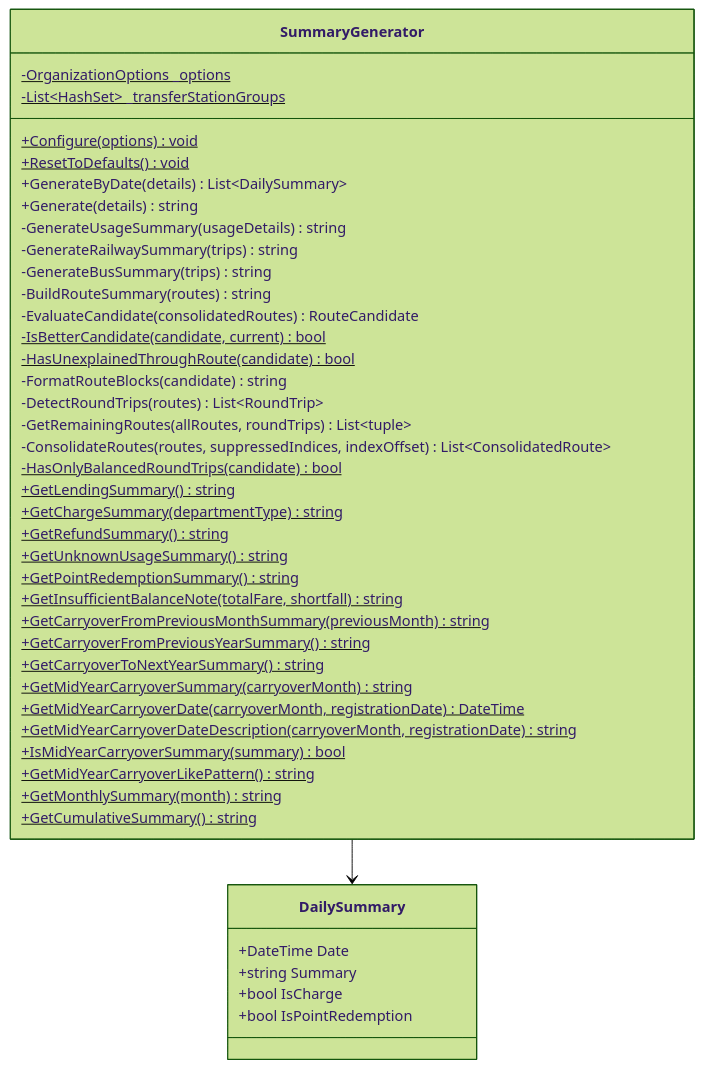
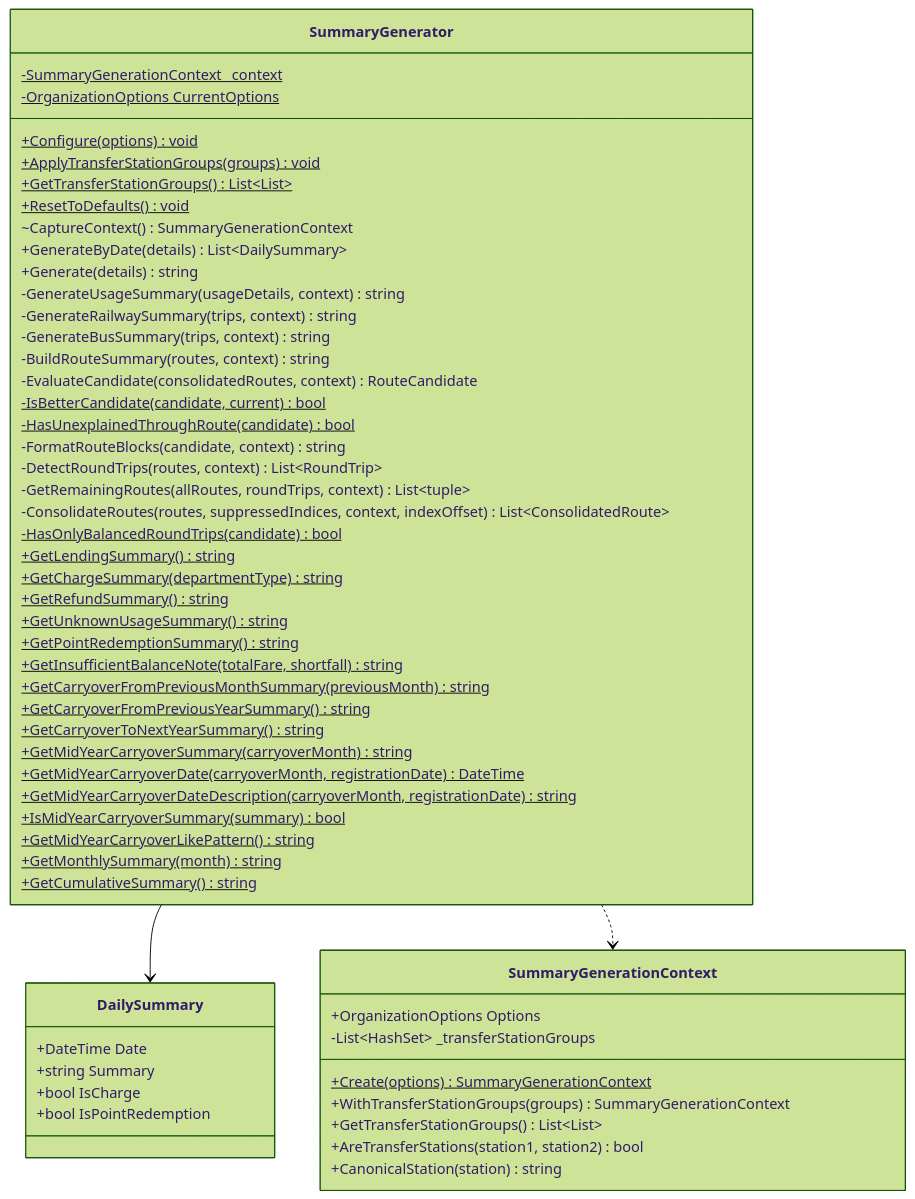
Before and after one commit to kuwayamamasayuki/ICCardManager: the sixth of 52 diagrams in ICCardManager/docs/design/05_クラス設計書.md, drawn with Mermaid (forest theme). The commit also changed other lines of this file and 10 other files, not shown here.

````diff
--- a/ICCardManager/docs/design/05_クラス設計書.md
+++ b/ICCardManager/docs/design/05_クラス設計書.md
@@ -629,48 +629,62 @@
 ```mermaid
 classDiagram
     class SummaryGenerator {
-        -OrganizationOptions _options$
-        -List~HashSet~ _transferStationGroups$
+        -SummaryGenerationContext _context$
+        -OrganizationOptions CurrentOptions$
         +Configure(options)$ void
+        +ApplyTransferStationGroups(groups)$ void
+        +GetTransferStationGroups()$ List~List~
         +ResetToDefaults()$ void
+        ~CaptureContext() SummaryGenerationContext
         +GenerateByDate(details) List~DailySummary~
         +Generate(details) string
-        -GenerateUsageSummary(usageDetails) string
-        -GenerateRailwaySummary(trips) string
-        -GenerateBusSummary(trips) string
-        -BuildRouteSummary(routes) string
-        -EvaluateCandidate(consolidatedRoutes) RouteCandidate
+        -GenerateUsageSummary(usageDetails, context) string
+        -GenerateRailwaySummary(trips, context) string
+        -GenerateBusSummary(trips, context) string
+        -BuildRouteSummary(routes, context) string
+        -EvaluateCandidate(consolidatedRoutes, context) RouteCandidate
         -IsBetterCandidate(candidate, current)$ bool
         -HasUnexplainedThroughRoute(candidate)$ bool
-        -FormatRouteBlocks(candidate) string
-        -DetectRoundTrips(routes) List~RoundTrip~
-        -GetRemainingRoutes(allRoutes, roundTrips) List~tuple~
-        -ConsolidateRoutes(routes, suppressedIndices, indexOffset) List~ConsolidatedRoute~
+        -FormatRouteBlocks(candidate, context) string
+        -DetectRoundTrips(routes, context) List~RoundTrip~
+        -GetRemainingRoutes(allRoutes, roundTrips, context) List~tuple~
+        -ConsolidateRoutes(routes, suppressedIndices, context, indexOffset) List~ConsolidatedRoute~
         -HasOnlyBalancedRoundTrips(candidate)$ bool
         +GetLendingSummary()$ string
         +GetChargeSummary(departmentType)$ string
         +GetRefundSummary()$ string
         +GetUnknownUsageSummary()$ string
         +GetPointRedemptionSummary()$ string
         +GetInsufficientBalanceNote(totalFare, shortfall)$ string
         +GetCarryoverFromPreviousMonthSummary(previousMonth)$ string
         +GetCarryoverFromPreviousYearSummary()$ string
         +GetCarryoverToNextYearSummary()$ string
         +GetMidYearCarryoverSummary(carryoverMonth)$ string
         +GetMidYearCarryoverDate(carryoverMonth, registrationDate)$ DateTime
         +GetMidYearCarryoverDateDescription(carryoverMonth, registrationDate)$ string
         +IsMidYearCarryoverSummary(summary)$ bool
         +GetMidYearCarryoverLikePattern()$ string
         +GetMonthlySummary(month)$ string
         +GetCumulativeSummary()$ string
     }
 
     class DailySummary {
         +DateTime Date
         +string Summary
         +bool IsCharge
         +bool IsPointRedemption
     }
 
+    class SummaryGenerationContext {
+        +OrganizationOptions Options
+        -List~HashSet~ _transferStationGroups
+        +Create(options)$ SummaryGenerationContext
+        +WithTransferStationGroups(groups) SummaryGenerationContext
+        +GetTransferStationGroups() List~List~
+        +AreTransferStations(station1, station2) bool
+        +CanonicalStation(station) string
+    }
+
     SummaryGenerator --> DailySummary
+    SummaryGenerator ..> SummaryGenerationContext
 ```
````
